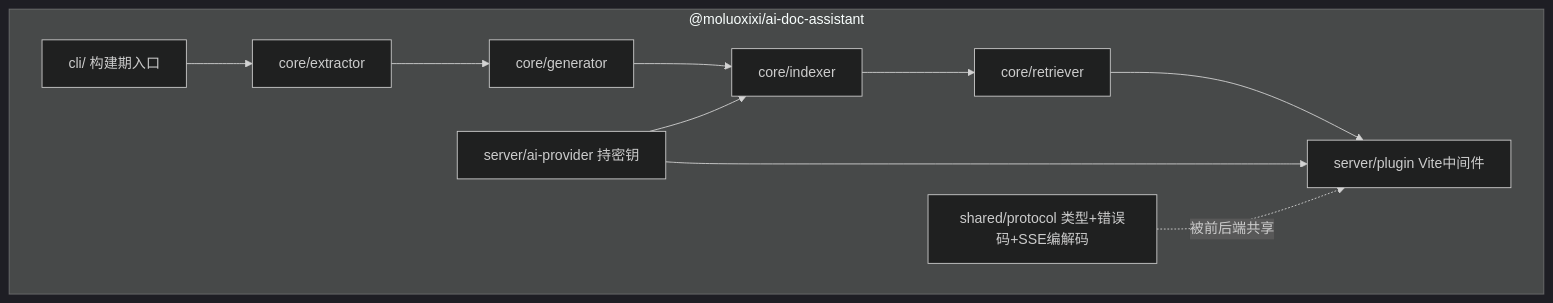
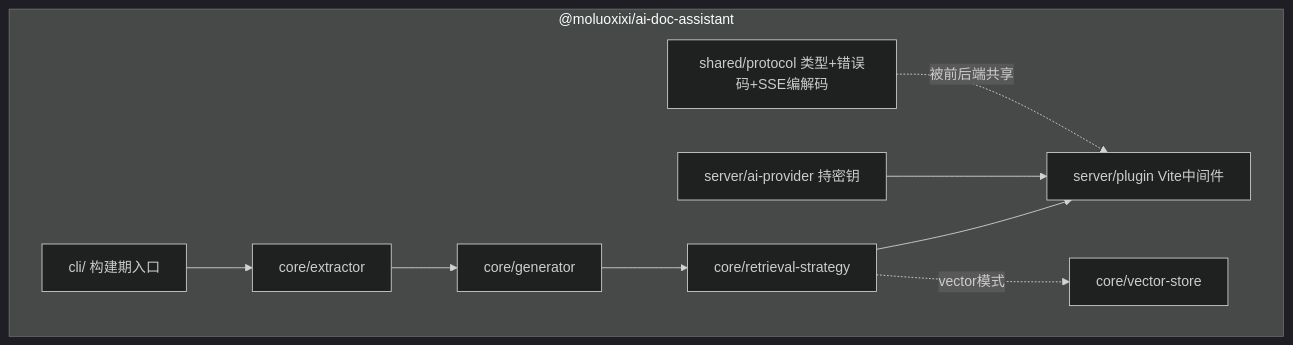
One commit to moluoxixi/vue-components changed the fourth of 4 diagrams in docs/plan/backend/组件AI文档与调试助手.md. Above: the diagram before and after it, drawn with Mermaid (dark theme). The commit also changed other lines of this file and 39 other files, not shown here.

````diff
--- a/docs/plan/backend/组件AI文档与调试助手.md
+++ b/docs/plan/backend/组件AI文档与调试助手.md
@@ -116,17 +113,18 @@
 ```mermaid
 flowchart TD
   subgraph pkg["@moluoxixi/ai-doc-assistant"]
     cli[cli/ 构建期入口]
     ext[core/extractor]
     gen[core/generator]
-    idx[core/indexer]
-    ret[core/retriever]
+    strat[core/retrieval-strategy]
+    vstore[core/vector-store]
     ai[server/ai-provider 持密钥]
     srv[server/plugin Vite中间件]
     proto[shared/protocol 类型+错误码+SSE编解码]
   end
-  cli --> ext --> gen --> idx
-  idx --> ret --> srv
-  ai --> srv & idx
+  cli --> ext --> gen --> strat
+  strat --> srv
+  strat -. vector模式 .-> vstore
+  ai --> srv
   proto -.被前后端共享.-> srv
 ```
````
